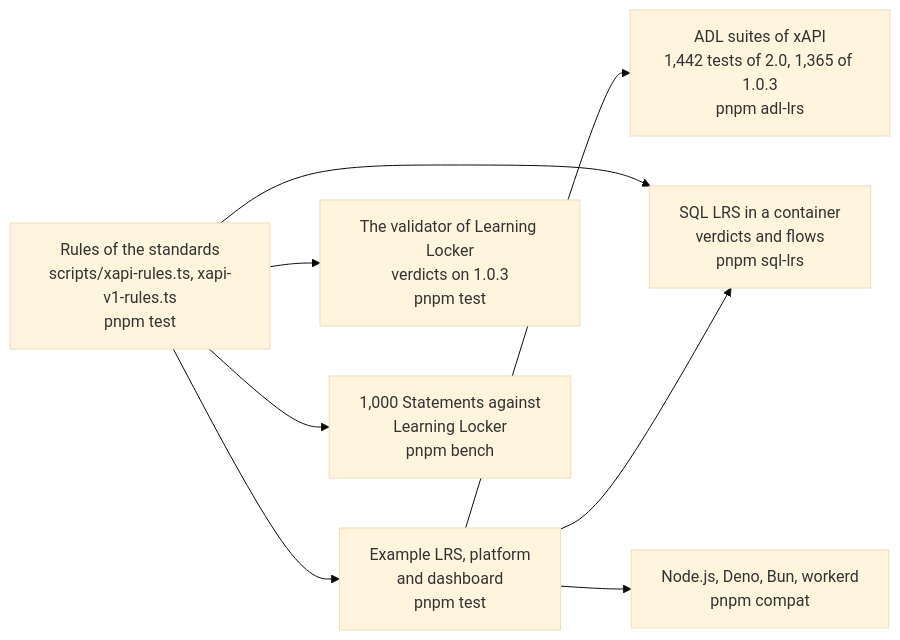
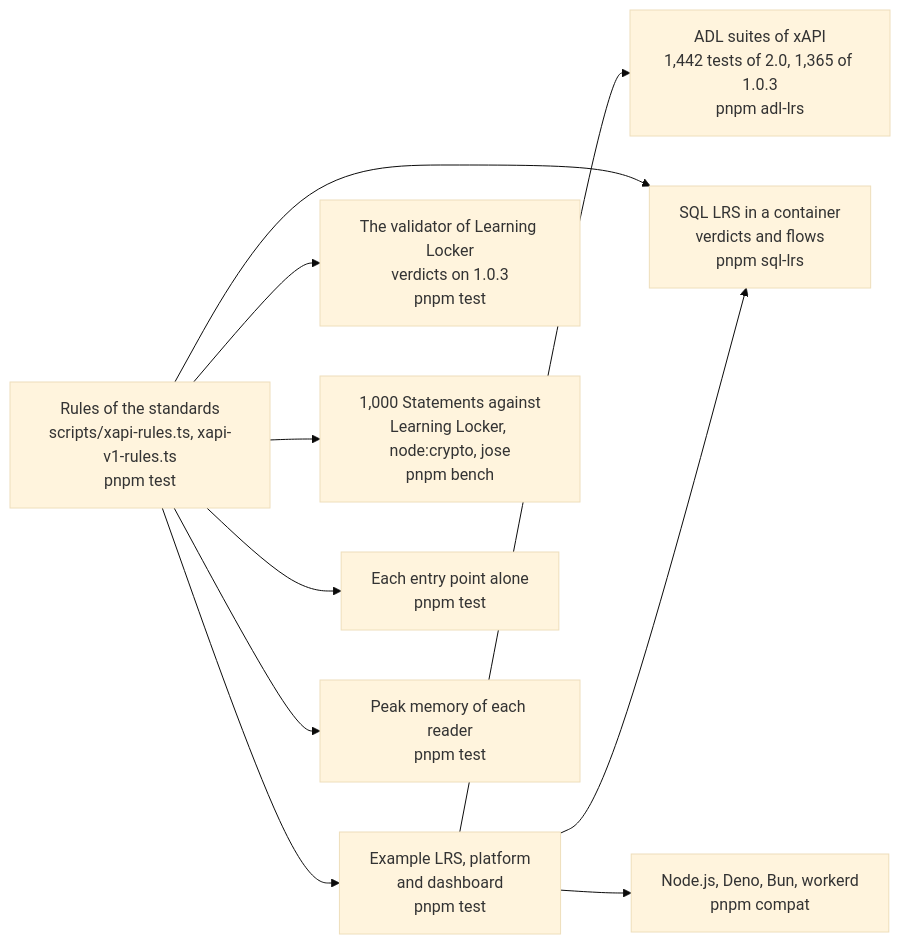
One commit to interopkit/interopkit changed the diagram in docs/learning-records/evidence.md. Above: the diagram before and after it, drawn with Mermaid (base theme). The commit also changed other lines of this file and 6 other files, not shown here.

First line of the commit message:
Give the measured speed, entry sizes and peaks of learning-analytics, learning-records and competency-frameworks in their evidence guides

````diff
--- a/docs/learning-records/evidence.md
+++ b/docs/learning-records/evidence.md
@@ -7,10 +8,12 @@
 ```mermaid
 flowchart LR
   rules["Rules of the standards<br/>scripts/xapi-rules.ts, xapi-v1-rules.ts<br/>pnpm test"] --> example["Example LRS, platform<br/>and dashboard<br/>pnpm test"]
   example --> adl["ADL suites of xAPI<br/>1,442 tests of 2.0, 1,365 of 1.0.3<br/>pnpm adl-lrs"]
   rules --> sql["SQL LRS in a container<br/>verdicts and flows<br/>pnpm sql-lrs"]
   rules --> locker["The validator of Learning Locker<br/>verdicts on 1.0.3<br/>pnpm test"]
   example --> sql
   example --> runtimes["Node.js, Deno, Bun, workerd<br/>pnpm compat"]
-  rules --> speed["1,000 Statements against<br/>Learning Locker<br/>pnpm bench"]
+  rules --> speed["1,000 Statements against<br/>Learning Locker, node:crypto, jose<br/>pnpm bench"]
+  rules --> size["Each entry point alone<br/>pnpm test"]
+  rules --> memory["Peak memory of each reader<br/>pnpm test"]
 ```
````
